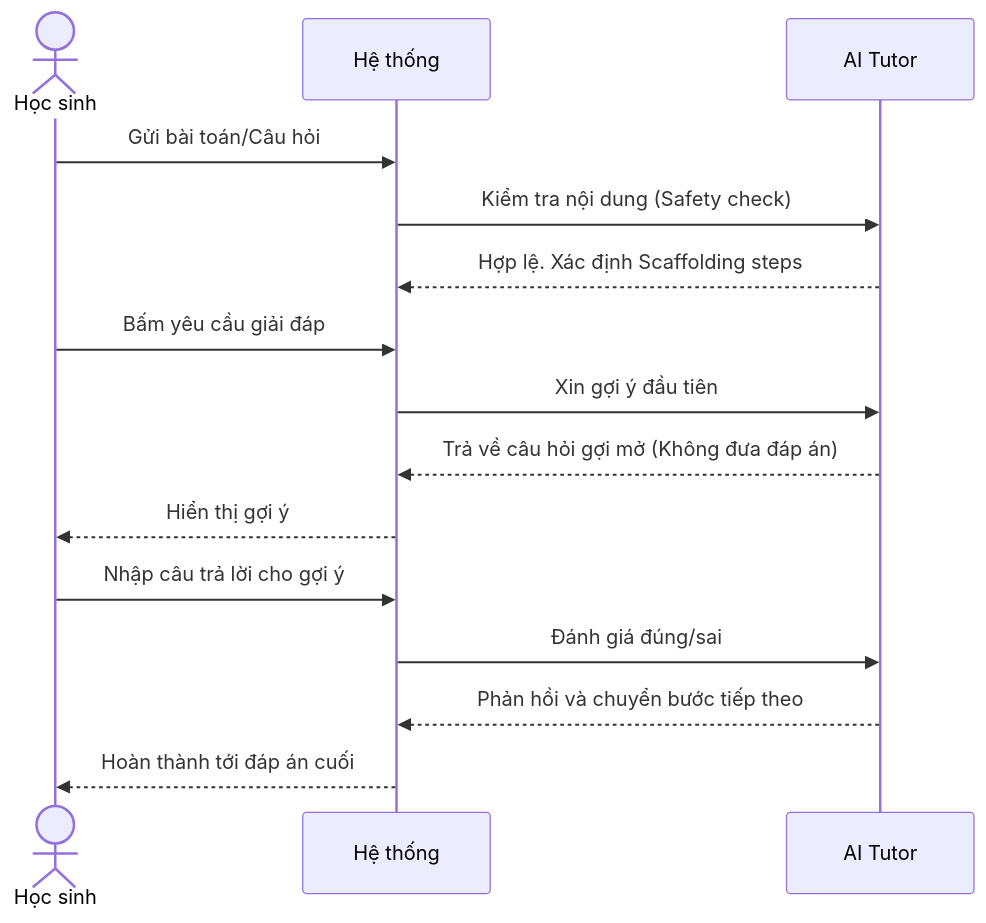
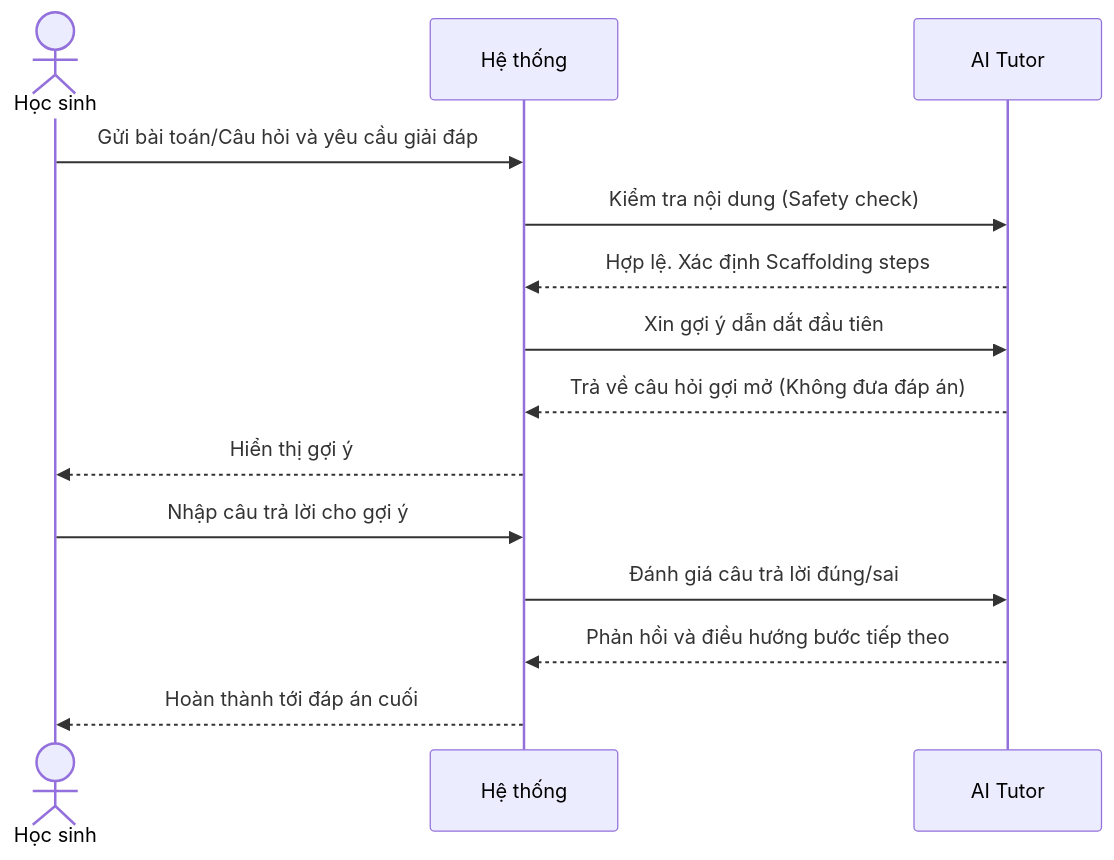
One commit to Cong-ty-TNNH-Q-Tech/Q-School changed the first of 8 diagrams in docs/usecase/nhom_5_magicstudent.md. Above: the diagram before and after it, drawn with Mermaid. The commit also changed other lines of this file and 4 other files, not shown here.

Commit message:
docs(usecase): standardize all tables and sequence diagrams, fix temporal logic and AI roles

````diff
--- a/docs/usecase/nhom_5_magicstudent.md
+++ b/docs/usecase/nhom_5_magicstudent.md
@@ -22,18 +23,17 @@
 ```mermaid
 sequenceDiagram
     actor HS as Học sinh
     participant HT as Hệ thống
     participant AI as AI Tutor
 
-    HS->>HT: Gửi bài toán/Câu hỏi
+    HS->>HT: Gửi bài toán/Câu hỏi và yêu cầu giải đáp
     HT->>AI: Kiểm tra nội dung (Safety check)
     AI-->>HT: Hợp lệ. Xác định Scaffolding steps
-    HS->>HT: Bấm yêu cầu giải đáp
-    HT->>AI: Xin gợi ý đầu tiên
+    HT->>AI: Xin gợi ý dẫn dắt đầu tiên
     AI-->>HT: Trả về câu hỏi gợi mở (Không đưa đáp án)
     HT-->>HS: Hiển thị gợi ý
     HS->>HT: Nhập câu trả lời cho gợi ý
-    HT->>AI: Đánh giá đúng/sai
-    AI-->>HT: Phản hồi và chuyển bước tiếp theo
+    HT->>AI: Đánh giá câu trả lời đúng/sai
+    AI-->>HT: Phản hồi và điều hướng bước tiếp theo
     HT-->>HS: Hoàn thành tới đáp án cuối
 ```
````
